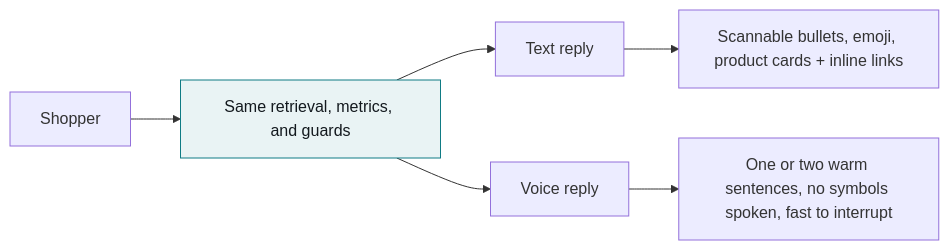
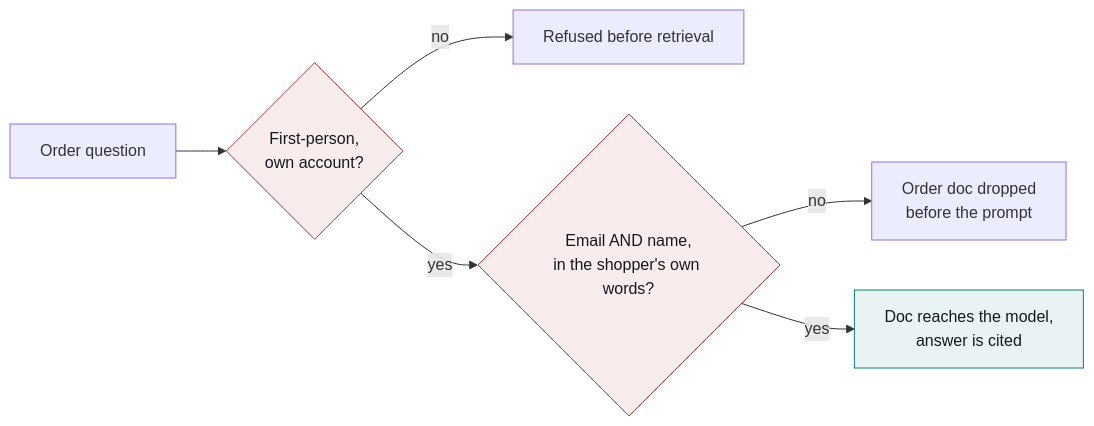
Before and after one commit to hoomanesteki/agentic-rag-knowledge-ai-platform: the diagram in showcase/experience.qmd, drawn with Mermaid. The commit also changed other lines of this file and 13 other files, not shown here.

````diff
--- a/showcase/experience.qmd
+++ b/showcase/experience.qmd
@@ -14,10 +76,12 @@
 ```{mermaid}
 flowchart LR
-  Q[Shopper] --> R[Same retrieval, metrics, and guards]
-  R --> T[Text reply]
-  R --> V[Voice reply]
-  T --> TT[Scannable bullets, emoji, product cards + inline links]
-  V --> VV[One or two warm sentences, no symbols spoken, fast to interrupt]
-  classDef a fill:#e9f3f4,stroke:#0f7b84,color:#13191e;
-  class R a;
+  Q[Order question] --> FP{First-person,<br/>own account?}
+  FP -->|no| REF[Refused before retrieval]
+  FP -->|yes| ID{Email AND name,<br/>in the shopper's own words?}
+  ID -->|no| DROP[Order doc dropped<br/>before the prompt]
+  ID -->|yes| OK[Doc reaches the model,<br/>answer is cited]
+  classDef guard fill:#f8ecec,stroke:#b23a3a,color:#13191e;
+  classDef core fill:#e9f3f4,stroke:#0f7b84,color:#13191e;
+  class FP,ID guard;
+  class OK core;
 ```
````
